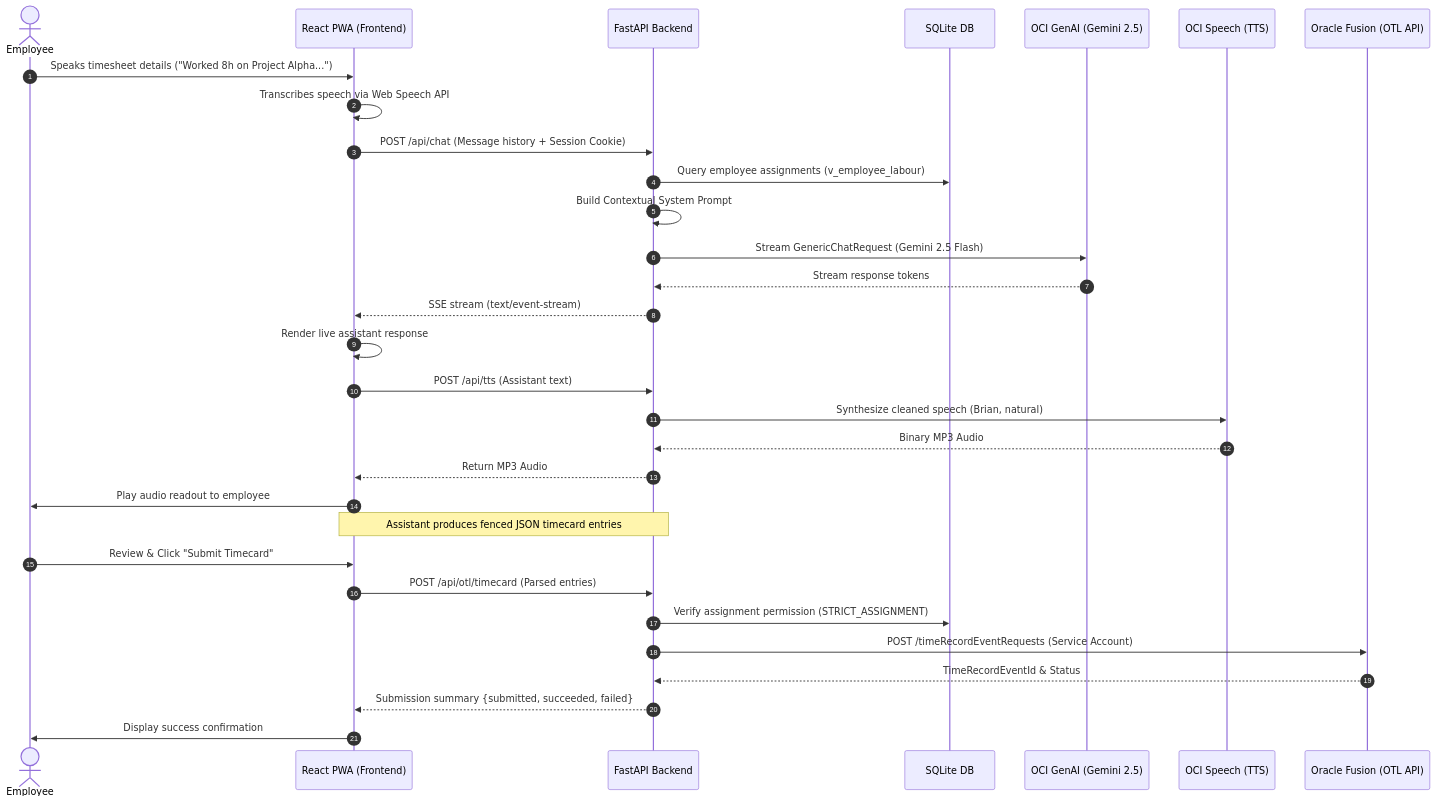
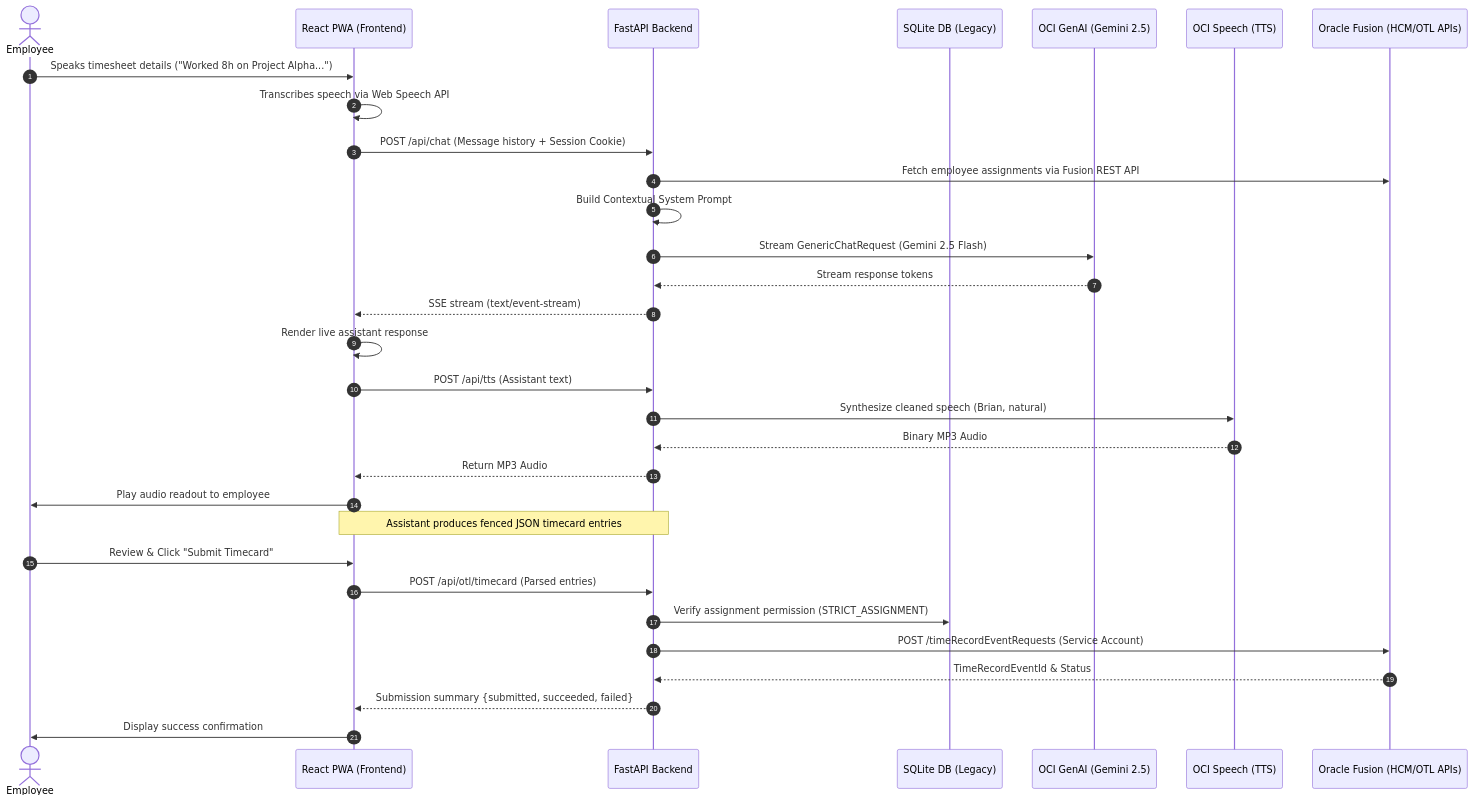
Before and after one commit to Shreyansh2203/OTL-Voice: the diagram in docs/ARCHITECTURE.md, drawn with Mermaid. The commit also changed other lines of this file and 38 other files, not shown here.

Commit message:
feat: migrate to live Fusion labour catalogue and enhance OTL submission

````diff
--- a/docs/ARCHITECTURE.md
+++ b/docs/ARCHITECTURE.md
@@ -19,35 +19,35 @@
 ```mermaid
 sequenceDiagram
     autonumber
     actor User as Employee
     participant PWA as React PWA (Frontend)
     participant API as FastAPI Backend
-    participant DB as SQLite DB
+    participant DB as SQLite DB (Legacy)
     participant GenAI as OCI GenAI (Gemini 2.5)
     participant TTS as OCI Speech (TTS)
-    participant OTL as Oracle Fusion (OTL API)
+    participant OTL as Oracle Fusion (HCM/OTL APIs)
 
     User->>PWA: Speaks timesheet details ("Worked 8h on Project Alpha...")
     PWA->>PWA: Transcribes speech via Web Speech API
     PWA->>API: POST /api/chat (Message history + Session Cookie)
-    API->>DB: Query employee assignments (v_employee_labour)
+    API->>OTL: Fetch employee assignments via Fusion REST API
     API->>API: Build Contextual System Prompt
     API->>GenAI: Stream GenericChatRequest (Gemini 2.5 Flash)
     GenAI-->>API: Stream response tokens
     API-->>PWA: SSE stream (text/event-stream)
     PWA->>PWA: Render live assistant response
     PWA->>API: POST /api/tts (Assistant text)
     API->>TTS: Synthesize cleaned speech (Brian, natural)
     TTS-->>API: Binary MP3 Audio
     API-->>PWA: Return MP3 Audio
     PWA->>User: Play audio readout to employee
 
     Note over PWA,API: Assistant produces fenced JSON timecard entries
     User->>PWA: Review & Click "Submit Timecard"
     PWA->>API: POST /api/otl/timecard (Parsed entries)
     API->>DB: Verify assignment permission (STRICT_ASSIGNMENT)
     API->>OTL: POST /timeRecordEventRequests (Service Account)
     OTL-->>API: TimeRecordEventId & Status
     API-->>PWA: Submission summary {submitted, succeeded, failed}
     PWA->>User: Display success confirmation
 ```
````
